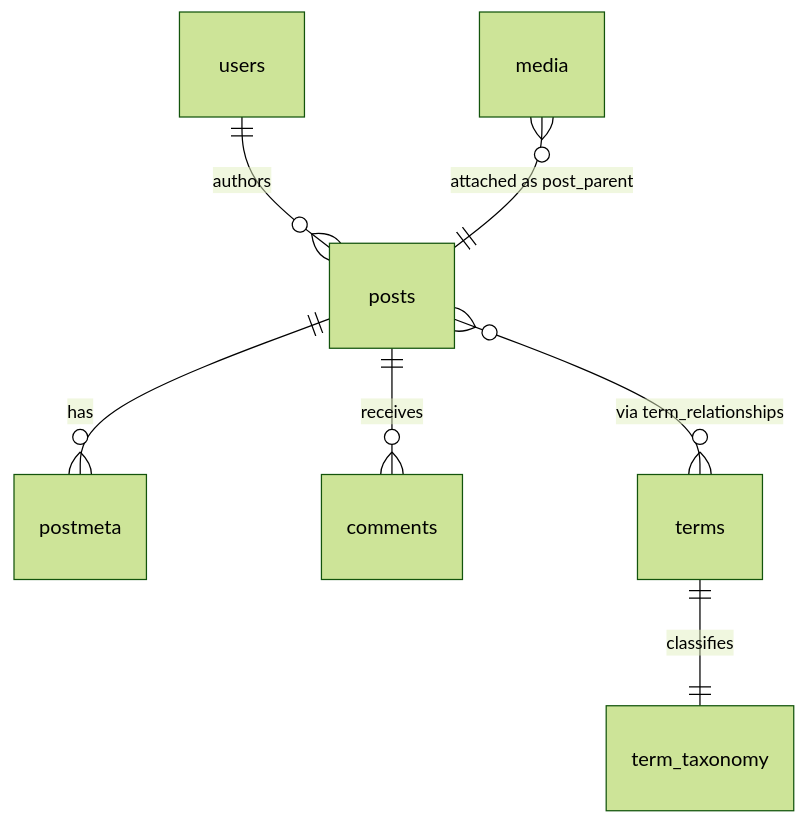
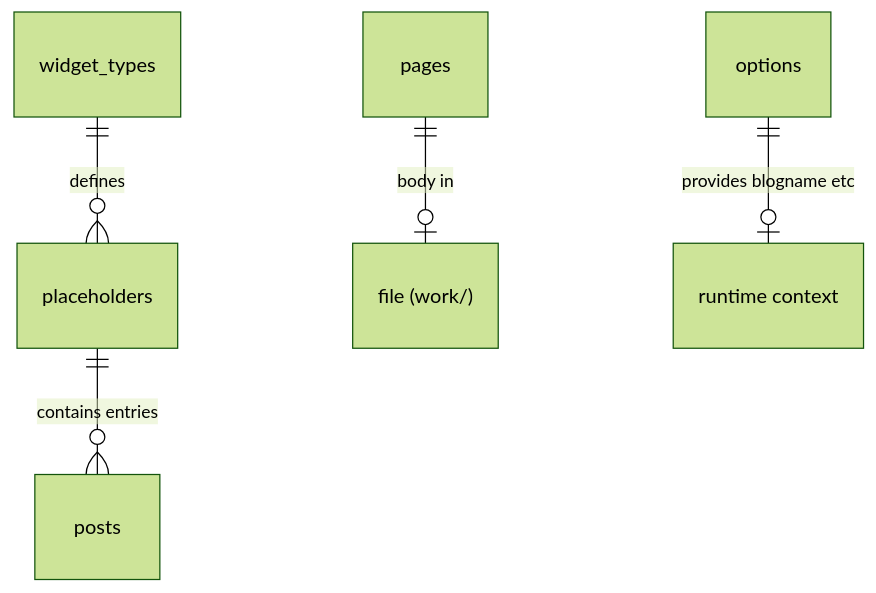
The second of 3 diagrams in doc/PLAN.md (hypernumbernet/rust-sqlite-cms), drawn with Mermaid (forest theme) before and after one commit. The commit also changed other lines of this file and 1 other file, not shown here.

````diff
--- a/doc/PLAN.md
+++ b/doc/PLAN.md
@@ -162,9 +172,7 @@
 ```mermaid
 erDiagram
-  posts ||--o{ postmeta : has
-  posts ||--o{ comments : receives
-  posts }o--o{ terms : "via term_relationships"
-  users ||--o{ posts : authors
-  terms ||--|| term_taxonomy : classifies
-  media }o--|| posts : "attached as post_parent"
+  widget_types ||--o{ placeholders : "defines"
+  placeholders ||--o{ posts : "contains entries"
+  pages ||--o| "file (work/)" : "body in"
+  options ||--o| "runtime context" : "provides blogname etc"
 ```
````
